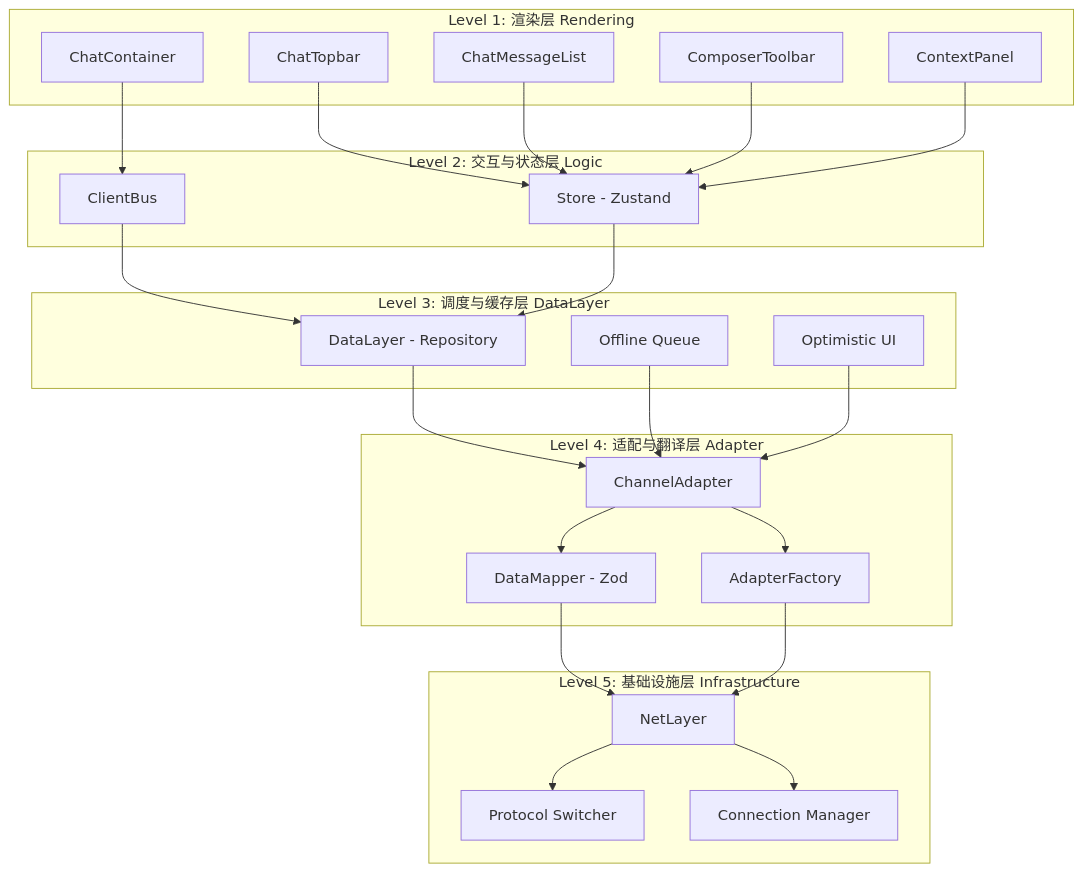
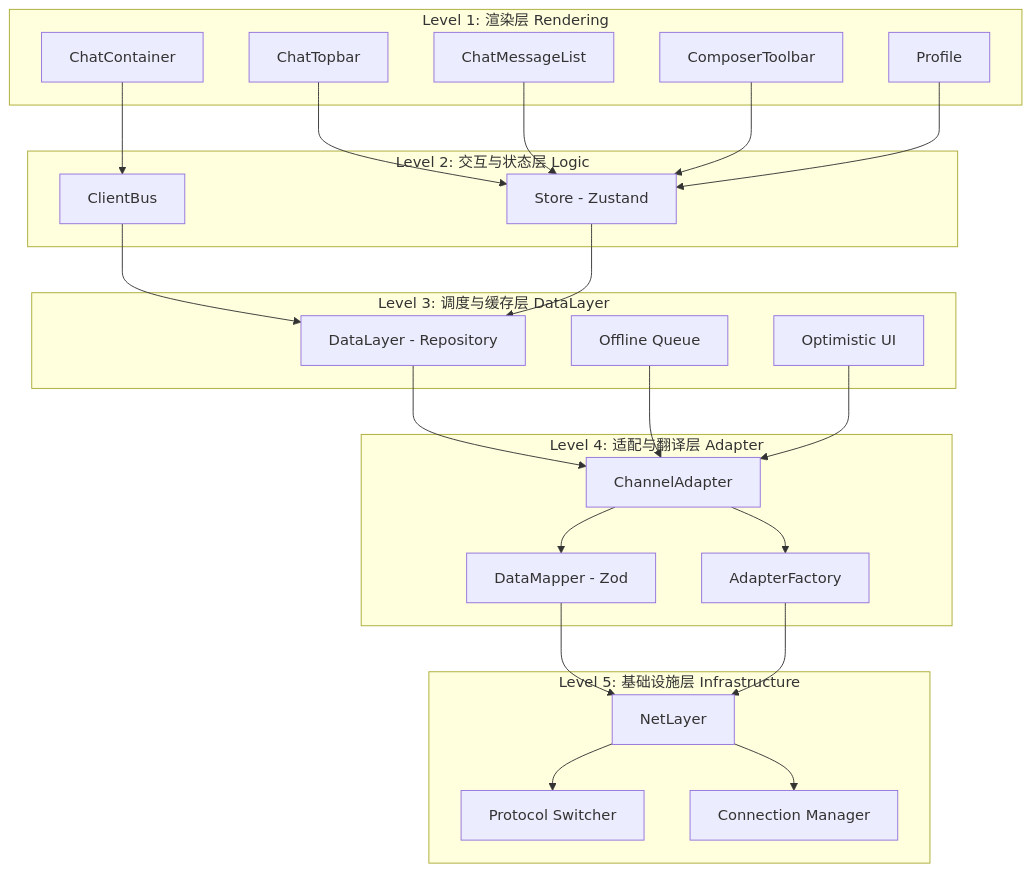
The second of 25 diagrams in docs/architecture-diagrams.md (givingwu/bifrost-chat), drawn with Mermaid before and after one commit. The commit also changed other lines of this file and 12 other files, not shown here.

First line of the commit message:
refactor: replace ContextPanel with Profile component in ChatContainer and DefaultChatLayout

````diff
--- a/docs/architecture-diagrams.md
+++ b/docs/architecture-diagrams.md
@@ -130,54 +130,54 @@
 ```mermaid
 graph TB
     subgraph Level1[Level 1: 渲染层 Rendering]
         R1[ChatContainer]
         R2[ChatTopbar]
         R3[ChatMessageList]
         R4[ComposerToolbar]
-        R5[ContextPanel]
+        R5[Profile]
     end
 
     subgraph Level2[Level 2: 交互与状态层 Logic]
         L1[ClientBus]
         L2[Store - Zustand]
     end
 
     subgraph Level3[Level 3: 调度与缓存层 DataLayer]
         D1[DataLayer - Repository]
         D2[Offline Queue]
         D3[Optimistic UI]
     end
 
     subgraph Level4[Level 4: 适配与翻译层 Adapter]
         A1[ChannelAdapter]
         A2[DataMapper - Zod]
         A3[AdapterFactory]
     end
 
     subgraph Level5[Level 5: 基础设施层 Infrastructure]
         I1[NetLayer]
         I2[Protocol Switcher]
         I3[Connection Manager]
     end
 
     R1 --> L1
     R2 --> L2
     R3 --> L2
     R4 --> L2
     R5 --> L2
 
     L1 --> D1
     L2 --> D1
 
     D1 --> A1
     D2 --> A1
     D3 --> A1
 
     A1 --> A2
     A1 --> A3
     A2 --> I1
     A3 --> I1
 
     I1 --> I2
     I1 --> I3
 ```
````
